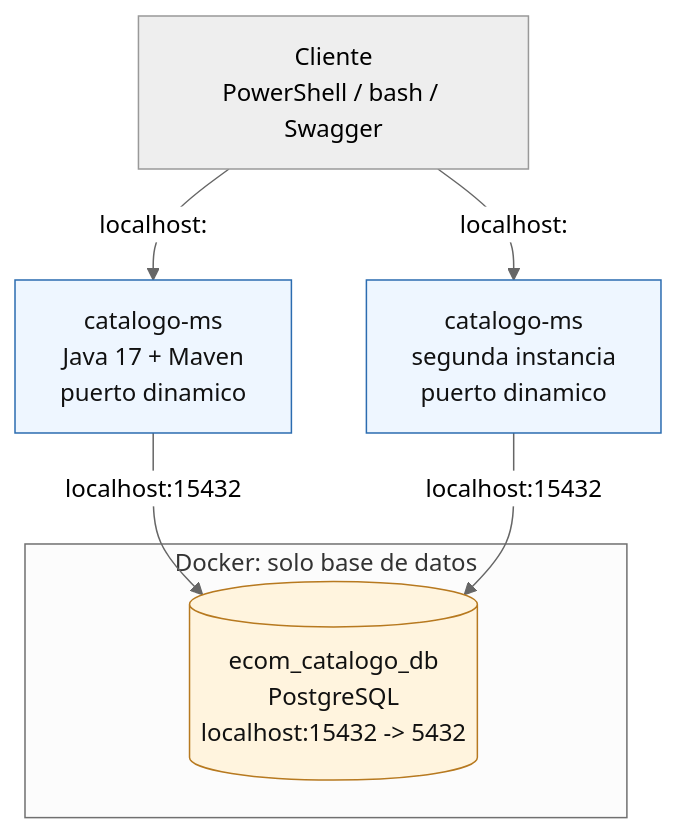
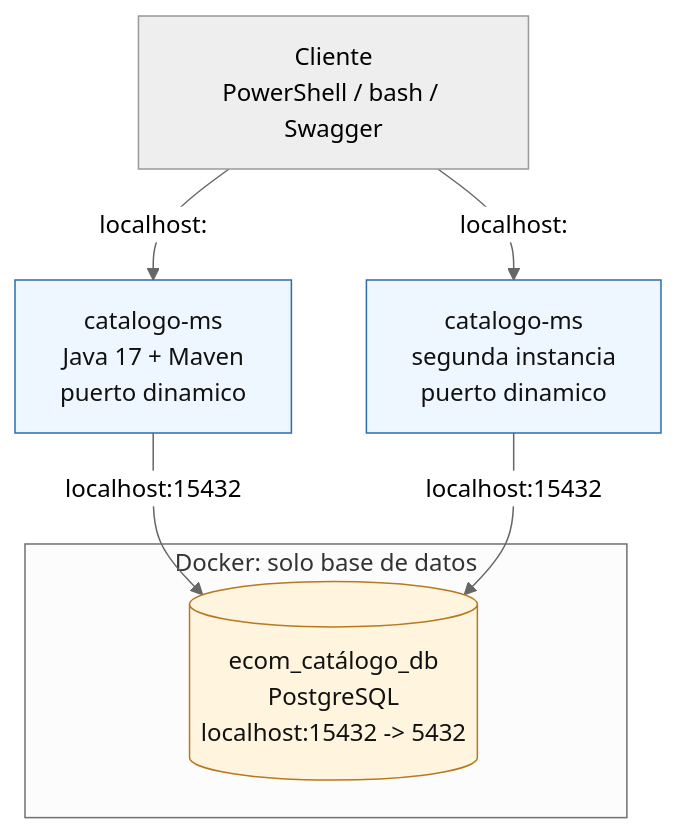
The second of 3 diagrams in docs/sesiones/s01-arquitectura-base.md (261dist/ecom), drawn with Mermaid (neutral theme) before and after one commit. The commit also changed other lines of this file and 21 other files, not shown here.

````diff
--- a/docs/sesiones/s01-arquitectura-base.md
+++ b/docs/sesiones/s01-arquitectura-base.md
@@ -90,19 +90,19 @@
 ```mermaid
 flowchart TB
     DevClient["Cliente<br/>PowerShell / bash / Swagger"]
     DevApp1["catalogo-ms<br/>Java 17 + Maven<br/>puerto dinamico"]
     DevApp2["catalogo-ms<br/>segunda instancia<br/>puerto dinamico"]
     subgraph DevDocker["Docker: solo base de datos"]
-        DevDb[("ecom_catalogo_db<br/>PostgreSQL<br/>localhost:15432 -> 5432")]
+        DevDb[("ecom_catálogo_db<br/>PostgreSQL<br/>localhost:15432 -> 5432")]
     end
 
     DevClient -->|"localhost:<puerto-asignado>"| DevApp1
     DevClient -->|"localhost:<otro-puerto>"| DevApp2
     DevApp1 -->|"localhost:15432"| DevDb
     DevApp2 -->|"localhost:15432"| DevDb
 
     classDef app fill:#eef6ff,stroke:#2b6cb0,color:#111;
     classDef db fill:#fff4de,stroke:#b7791f,color:#111;
     class DevApp1,DevApp2 app;
     class DevDb db;
 ```
````
